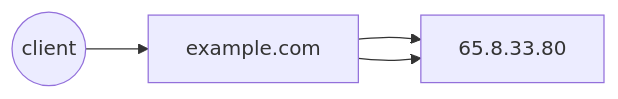
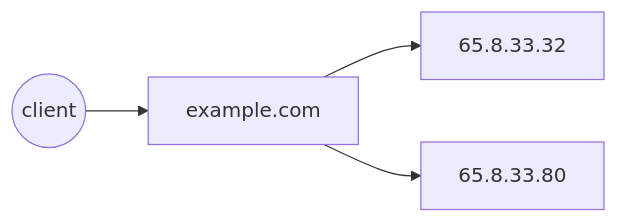
Before and after one commit to SathyaBhat/talks-slides: the second of 8 diagrams in automated-failover-route53/slides/slides.md, drawn with Mermaid. The commit also changed other lines of this file and 16 other files, not shown here.

````diff
--- a/automated-failover-route53/slides/slides.md
+++ b/automated-failover-route53/slides/slides.md
@@ -197,9 +229,9 @@
 ```mermaid
 
 graph LR
   client((client))
   client --> dns[example.com]
   dns -->ip[65.8.33.32]
-  dns -->ip[65.8.33.80]
+  dns -->ip2[65.8.33.80]
 
 ```
````
